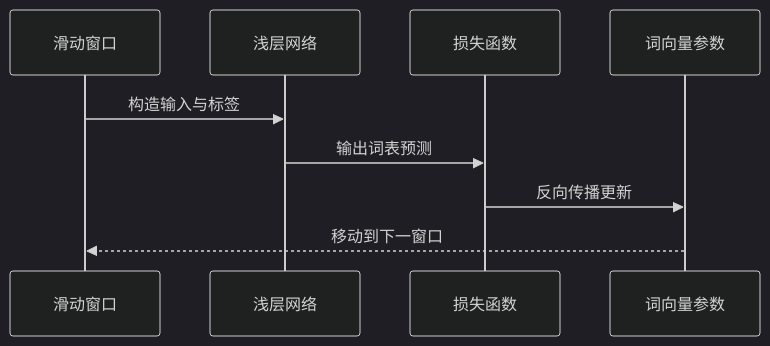
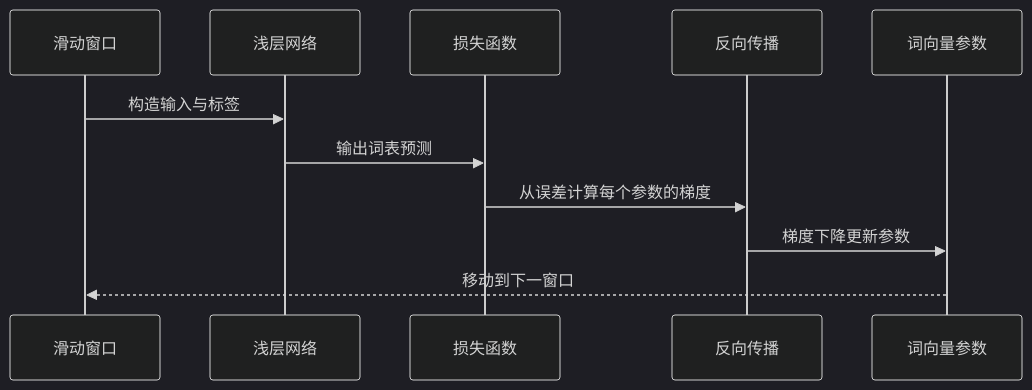
The third of 3 diagrams in notes/text-preprocessing/13-word2vec-cbow.md (luyunix/nlp_study), drawn with Mermaid (dark theme) before and after one commit. The commit also changed other lines of this file and 2 other files, not shown here.

````diff
--- a/notes/text-preprocessing/13-word2vec-cbow.md
+++ b/notes/text-preprocessing/13-word2vec-cbow.md
@@ -38,11 +38,13 @@
 ```mermaid
 sequenceDiagram
     participant W as 滑动窗口
     participant N as 浅层网络
     participant L as 损失函数
+    participant B as 反向传播
     participant P as 词向量参数
     W->>N: 构造输入与标签
     N->>L: 输出词表预测
-    L->>P: 反向传播更新
+    L->>B: 从误差计算每个参数的梯度
+    B->>P: 梯度下降更新参数
     P-->>W: 移动到下一窗口
 ```
````
